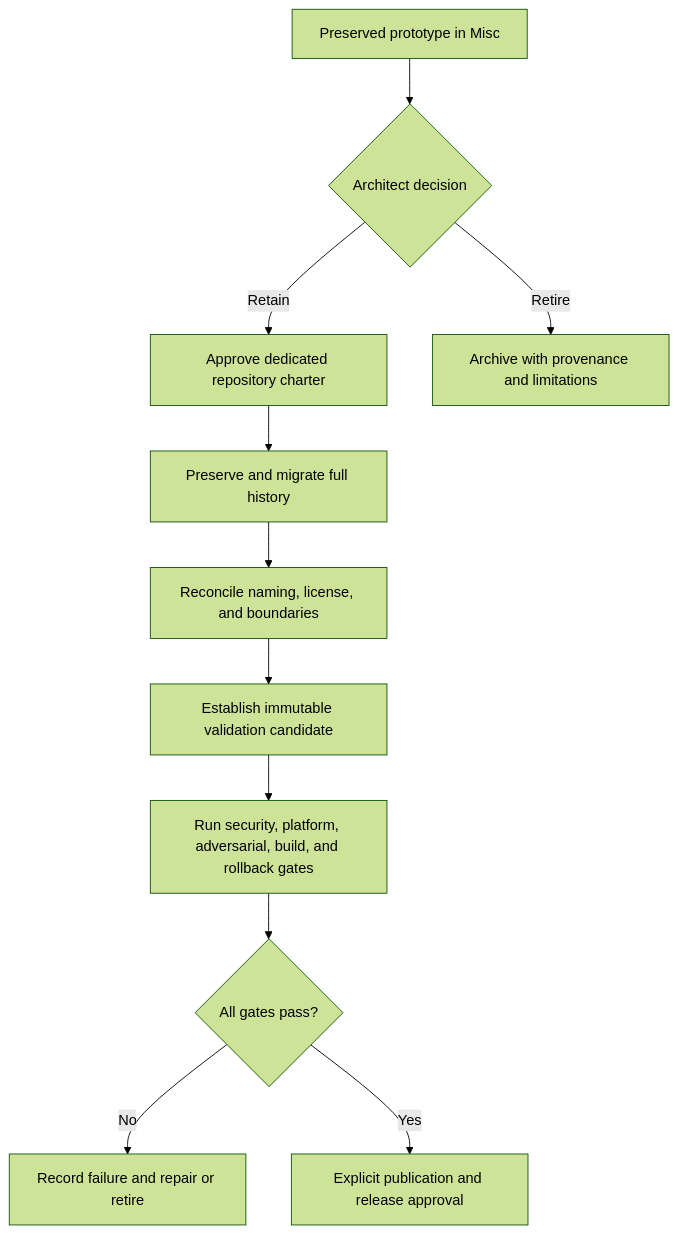
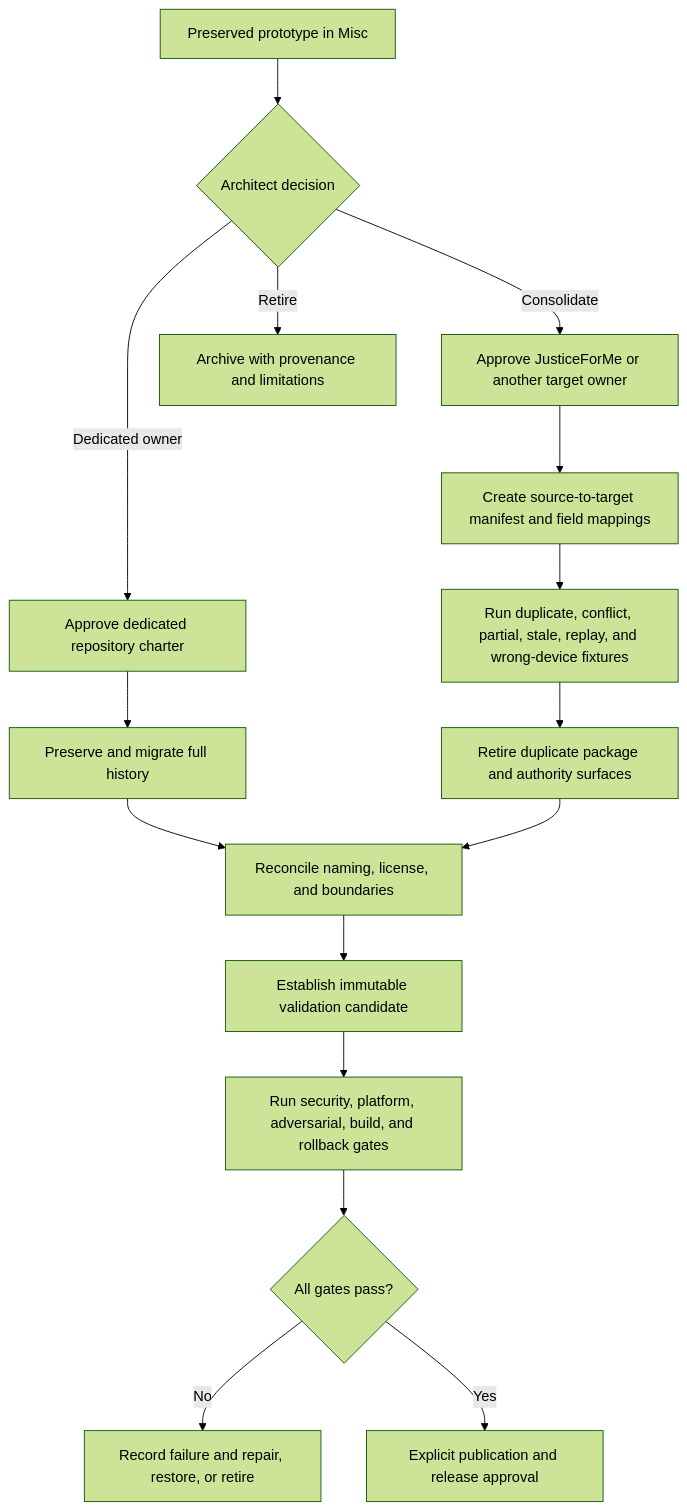
Before and after one commit to aevespers2/Misc: the first of 2 diagrams in phantomblock/docs/ownership-and-release.md, drawn with Mermaid (forest theme). The commit also changed other lines of this file, not shown here.

Commit message:
docs: restore JusticeForMe consolidation disposition

````diff
--- a/phantomblock/docs/ownership-and-release.md
+++ b/phantomblock/docs/ownership-and-release.md
@@ -30,13 +31,18 @@
 ```mermaid
 flowchart TD
     A[Preserved prototype in Misc] --> B{Architect decision}
-    B -->|Retain| C[Approve dedicated repository charter]
-    B -->|Retire| D[Archive with provenance and limitations]
-    C --> E[Preserve and migrate full history]
-    E --> F[Reconcile naming, license, and boundaries]
-    F --> G[Establish immutable validation candidate]
-    G --> H[Run security, platform, adversarial, build, and rollback gates]
-    H --> I{All gates pass?}
-    I -->|No| J[Record failure and repair or retire]
-    I -->|Yes| K[Explicit publication and release approval]
+    B -->|Dedicated owner| C[Approve dedicated repository charter]
+    B -->|Consolidate| D[Approve JusticeForMe or another target owner]
+    B -->|Retire| E[Archive with provenance and limitations]
+    C --> F[Preserve and migrate full history]
+    D --> G[Create source-to-target manifest and field mappings]
+    G --> H[Run duplicate, conflict, partial, stale, replay, and wrong-device fixtures]
+    H --> I[Retire duplicate package and authority surfaces]
+    F --> J[Reconcile naming, license, and boundaries]
+    I --> J
+    J --> K[Establish immutable validation candidate]
+    K --> L[Run security, platform, adversarial, build, and rollback gates]
+    L --> M{All gates pass?}
+    M -->|No| N[Record failure and repair, restore, or retire]
+    M -->|Yes| O[Explicit publication and release approval]
 ```
````
